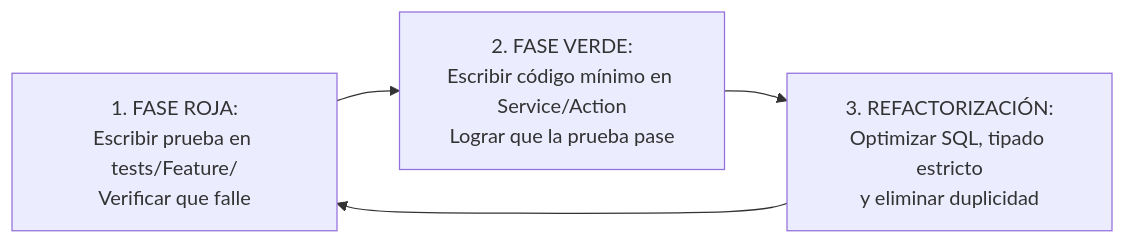
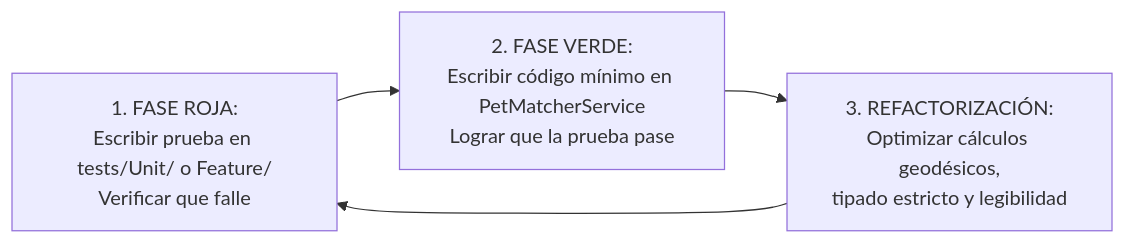
The diagram in docs/05_metodologia_y_plan_iteraciones.md (NattCrespoC/8vo), drawn with Mermaid before and after one commit. The commit also changed other lines of this file and 53 other files, not shown here.

````diff
--- a/docs/05_metodologia_y_plan_iteraciones.md
+++ b/docs/05_metodologia_y_plan_iteraciones.md
@@ -23,7 +26,7 @@
 ```mermaid
 flowchart LR
-    Rojo[1. FASE ROJA:\nEscribir prueba en tests/Feature/\nVerificar que falle]
-    Verde[2. FASE VERDE:\nEscribir código mínimo en Service/Action\nLograr que la prueba pase]
-    Refactor[3. REFACTORIZACIÓN:\nOptimizar SQL, tipado estricto\ny eliminar duplicidad]
+    Rojo["1. FASE ROJA:\nEscribir prueba en tests/Unit/ o Feature/\nVerificar que falle"]
+    Verde["2. FASE VERDE:\nEscribir código mínimo en PetMatcherService\nLograr que la prueba pase"]
+    Refactor["3. REFACTORIZACIÓN:\nOptimizar cálculos geodésicos,\ntipado estricto y legibilidad"]
     Rojo --> Verde --> Refactor --> Rojo
 ```
````
